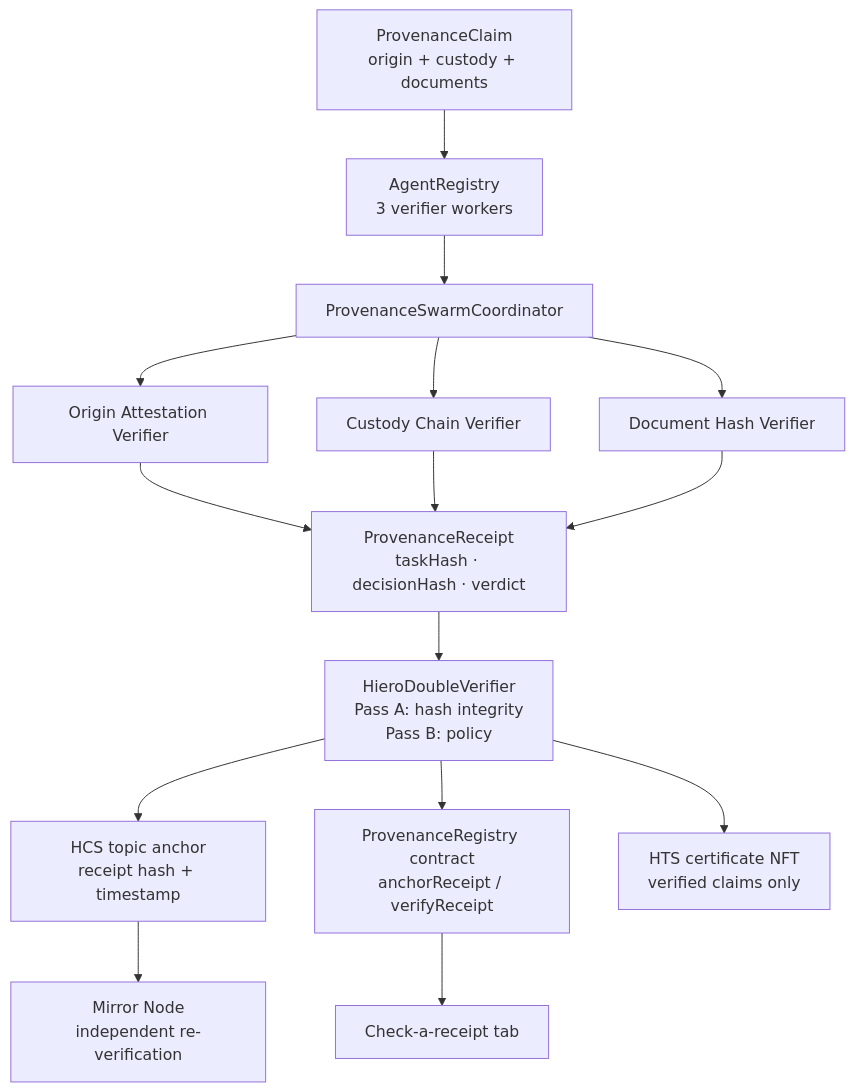
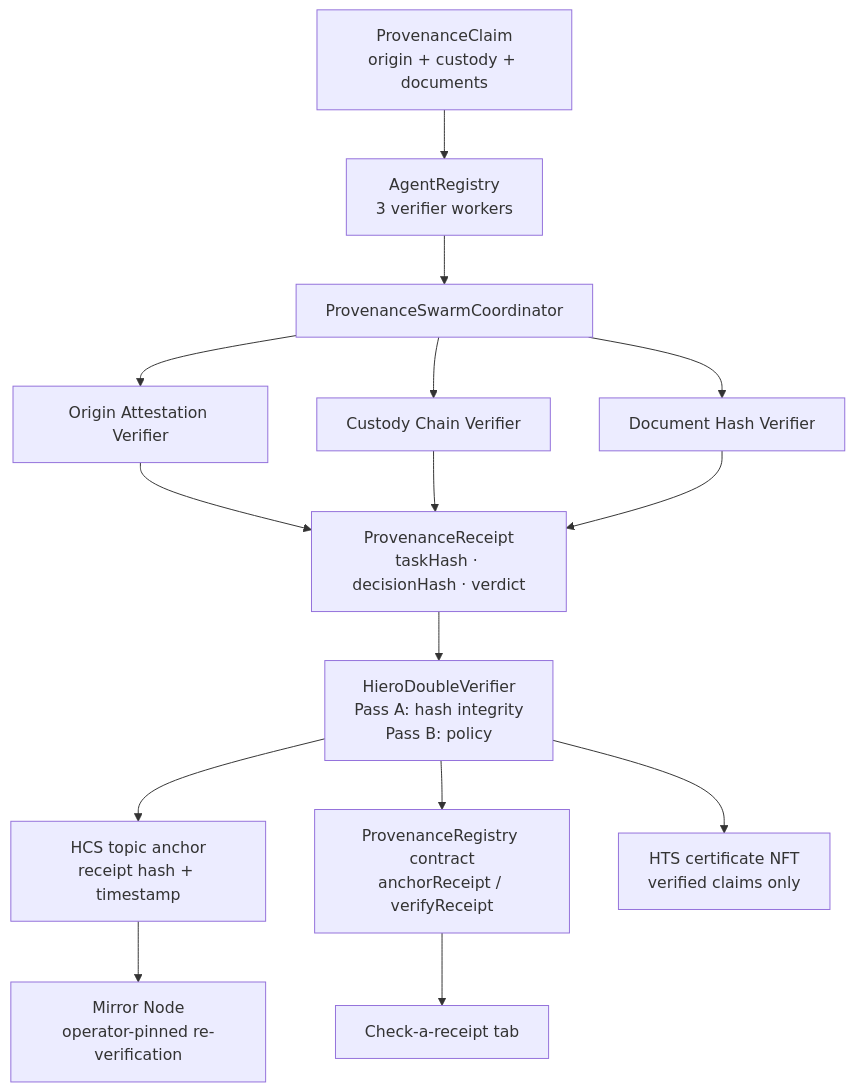
The diagram in README.md (livevnx8/scaffold-hbar-provenance-swarm), drawn with Mermaid before and after one commit. The commit also changed other lines of this file and 2 other files, not shown here.

````diff
--- a/README.md
+++ b/README.md
@@ -211,16 +218,16 @@
 ```mermaid
 flowchart TB
     claim[ProvenanceClaim<br/>origin + custody + documents]
     claim --> reg[AgentRegistry<br/>3 verifier workers]
     reg --> coord[ProvenanceSwarmCoordinator]
     coord --> w1[Origin Attestation Verifier]
     coord --> w2[Custody Chain Verifier]
     coord --> w3[Document Hash Verifier]
     w1 & w2 & w3 --> receipt[ProvenanceReceipt<br/>taskHash · decisionHash · verdict]
     receipt --> dv[HieroDoubleVerifier<br/>Pass A: hash integrity<br/>Pass B: policy]
     dv --> hcs[HCS topic anchor<br/>receipt hash + timestamp]
     dv --> sc[ProvenanceRegistry contract<br/>anchorReceipt / verifyReceipt]
     dv --> nft[HTS certificate NFT<br/>verified claims only]
-    hcs --> mirror[Mirror Node<br/>independent re-verification]
+    hcs --> mirror[Mirror Node<br/>operator-pinned re-verification]
     sc --> ui2[Check-a-receipt tab]
 ```
````
